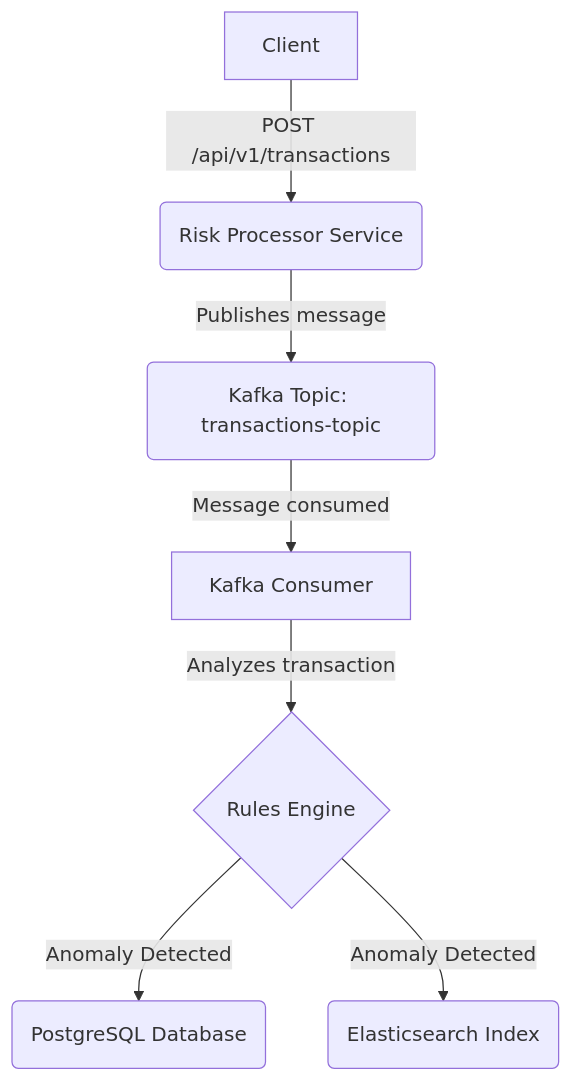
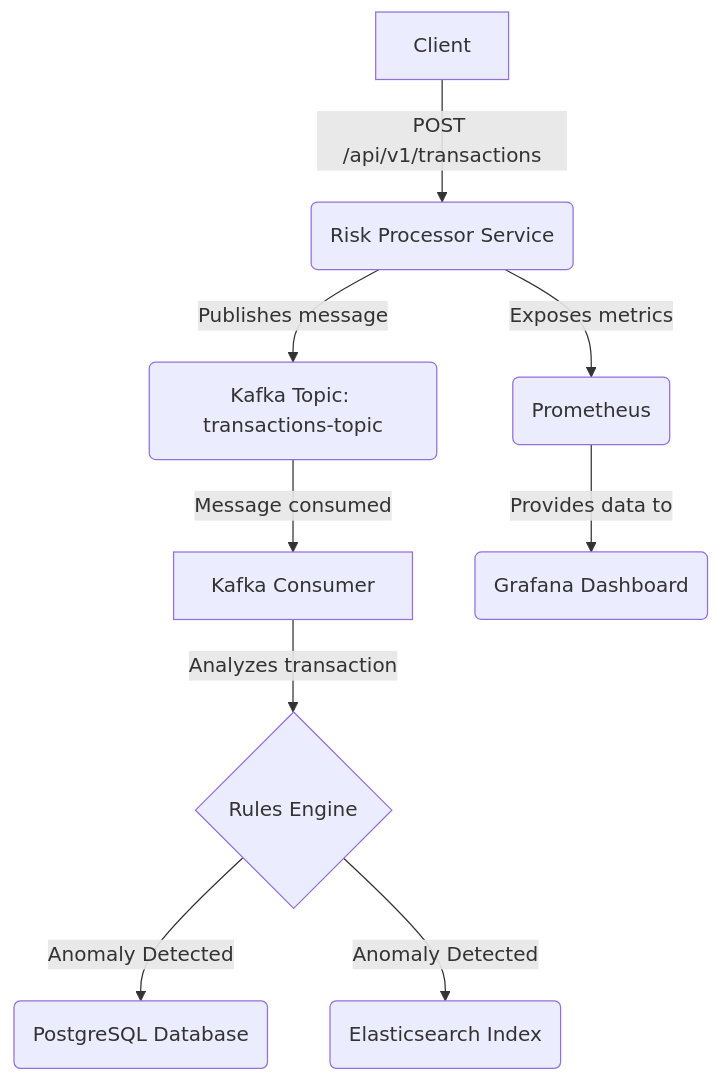
The diagram in README.md (stefanomerlano/risk-processor-showcase), drawn with Mermaid before and after one commit. The commit also changed other lines of this file and 13 other files, not shown here.

Commit message:
feat: enhance observability by adding Prometheus and Grafana support, including configuration and deployment scripts

````diff
--- a/README.md
+++ b/README.md
@@ -34,9 +33,11 @@
 ```mermaid
 graph TD
-        A[Client] -- POST /api/v1/transactions --> B(Risk Processor Service)
-        B -- Publishes message --> C(Kafka Topic: transactions-topic)
-        C -- Message consumed --> D[Kafka Consumer]
-        D -- Analyzes transaction --> E{Rules Engine}
-        E -- Anomaly Detected --> F(PostgreSQL Database)
-        E -- Anomaly Detected --> G(Elasticsearch Index)
+    A[Client] -- POST /api/v1/transactions --> B(Risk Processor Service);
+    B -- Publishes message --> C(Kafka Topic: transactions-topic);
+    C -- Message consumed --> D[Kafka Consumer];
+    D -- Analyzes transaction --> E{Rules Engine};
+    E -- Anomaly Detected --> F(PostgreSQL Database);
+    E -- Anomaly Detected --> G(Elasticsearch Index);
+    B -- Exposes metrics --> H(Prometheus);
+    H -- Provides data to --> I(Grafana Dashboard);
 ```
````
